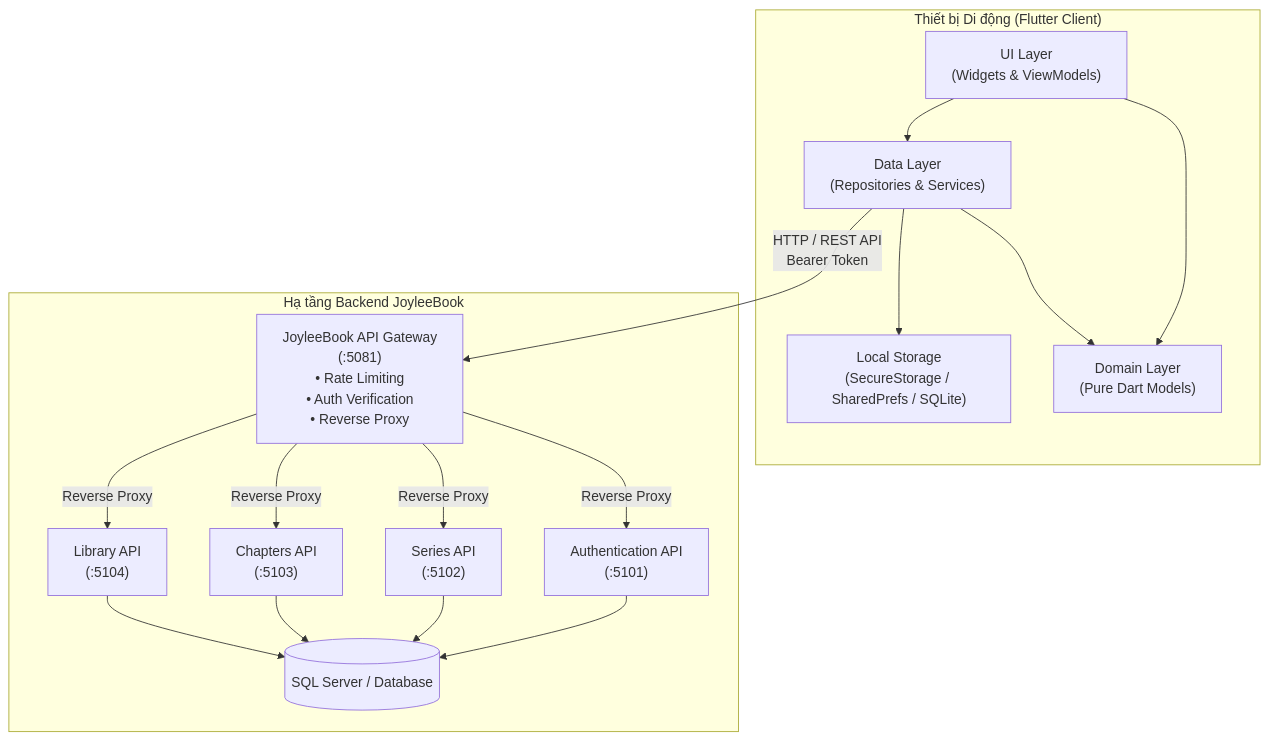
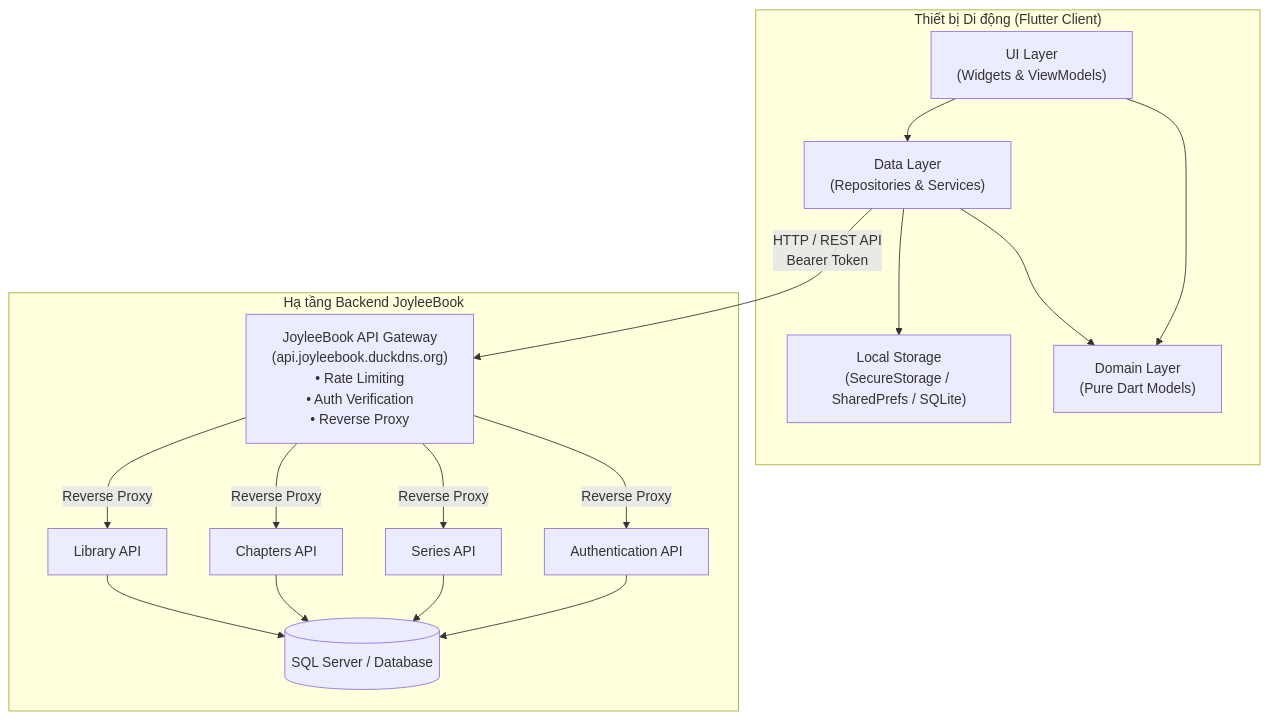
One commit to Trunguyen104/joyleebook_mobile changed the first of 4 diagrams in docs/02-Mobile-Architecture.md. Above: the diagram before and after it, drawn with Mermaid. The commit also changed other lines of this file and 15 other files, not shown here.

````diff
--- a/docs/02-Mobile-Architecture.md
+++ b/docs/02-Mobile-Architecture.md
@@ -11,36 +11,36 @@
 ```mermaid
 flowchart TD
     subgraph MobileDevice["Thiết bị Di động (Flutter Client)"]
         UI["UI Layer\n(Widgets & ViewModels)"]
         Domain["Domain Layer\n(Pure Dart Models)"]
         Data["Data Layer\n(Repositories & Services)"]
         LocalStorage["Local Storage\n(SecureStorage / SharedPrefs / SQLite)"]
         
         UI --> Domain
         UI --> Data
         Data --> Domain
         Data --> LocalStorage
     end
 
     subgraph BackendInfrastructure["Hạ tầng Backend JoyleeBook"]
-        Gateway["JoyleeBook API Gateway\n(:5081)\n• Rate Limiting\n• Auth Verification\n• Reverse Proxy"]
+        Gateway["JoyleeBook API Gateway\n(api.joyleebook.duckdns.org)\n• Rate Limiting\n• Auth Verification\n• Reverse Proxy"]
         
-        AuthService["Authentication API\n(:5101)"]
-        SeriesService["Series API\n(:5102)"]
-        ChapterService["Chapters API\n(:5103)"]
-        LibraryService["Library API\n(:5104)"]
+        AuthService["Authentication API"]
+        SeriesService["Series API"]
+        ChapterService["Chapters API"]
+        LibraryService["Library API"]
         Database[("SQL Server / Database")]
         
         Gateway -->|Reverse Proxy| AuthService
         Gateway -->|Reverse Proxy| SeriesService
         Gateway -->|Reverse Proxy| ChapterService
         Gateway -->|Reverse Proxy| LibraryService
         
         AuthService --> Database
         SeriesService --> Database
         ChapterService --> Database
         LibraryService --> Database
     end
 
     Data -->|"HTTP / REST API\nBearer Token"| Gateway
 ```
````
